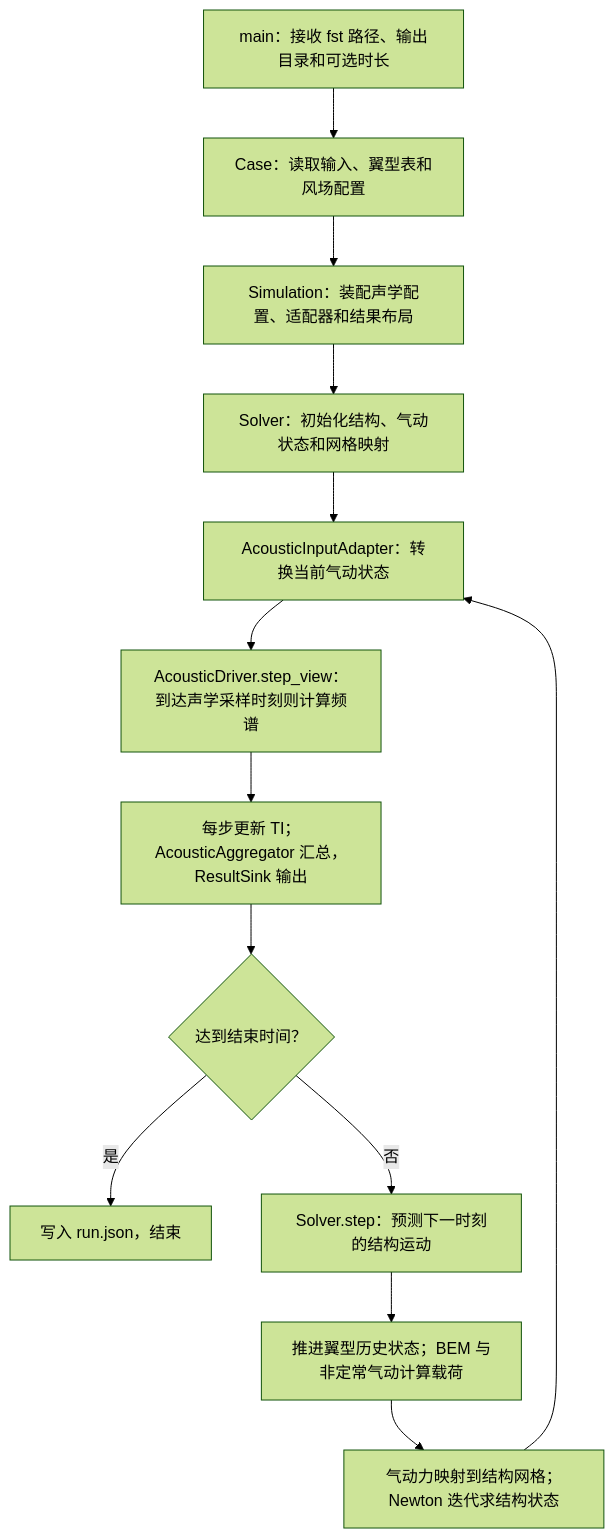
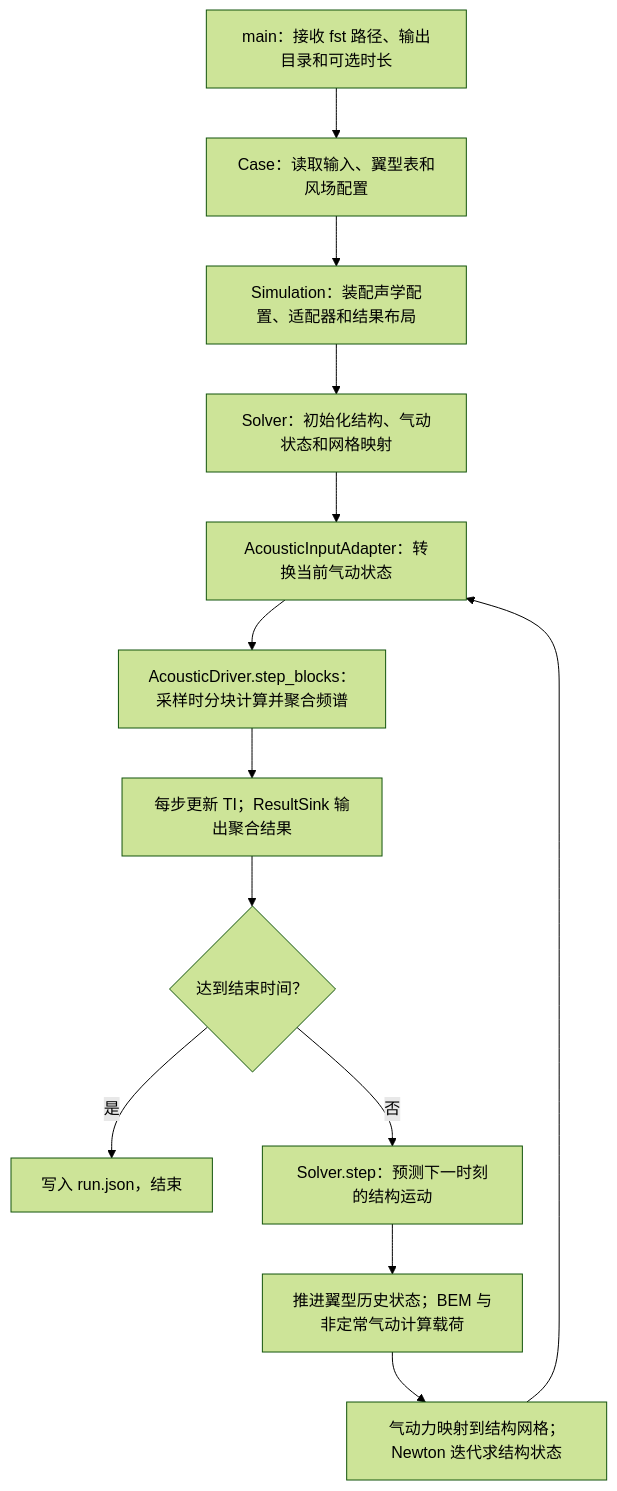
One commit to MegrezLi/Aeroacoustics_cpp changed the diagram in aeroacoustics工作流.md. Above: the diagram before and after it, drawn with Mermaid (forest theme). The commit also changed other lines of this file and 31 other files, not shown here.

````diff
--- a/aeroacoustics工作流.md
+++ b/aeroacoustics工作流.md
@@ -11,15 +11,15 @@
 ```mermaid
 flowchart TD
     A[main：接收 fst 路径、输出目录和可选时长] --> B[Case：读取输入、翼型表和风场配置]
     B --> C[Simulation：装配声学配置、适配器和结果布局]
     C --> D[Solver：初始化结构、气动状态和网格映射]
     D --> E[AcousticInputAdapter：转换当前气动状态]
-    E --> F[AcousticDriver.step_view：到达声学采样时刻则计算频谱]
-    F --> G[每步更新 TI；AcousticAggregator 汇总，ResultSink 输出]
+    E --> F[AcousticDriver.step_blocks：采样时分块计算并聚合频谱]
+    F --> G[每步更新 TI；ResultSink 输出聚合结果]
     G --> H{达到结束时间？}
     H -->|是| I[写入 run.json，结束]
     H -->|否| J[Solver.step：预测下一时刻的结构运动]
     J --> K[推进翼型历史状态；BEM 与非定常气动计算载荷]
     K --> L[气动力映射到结构网格；Newton 迭代求结构状态]
     L --> E
 ```
````
